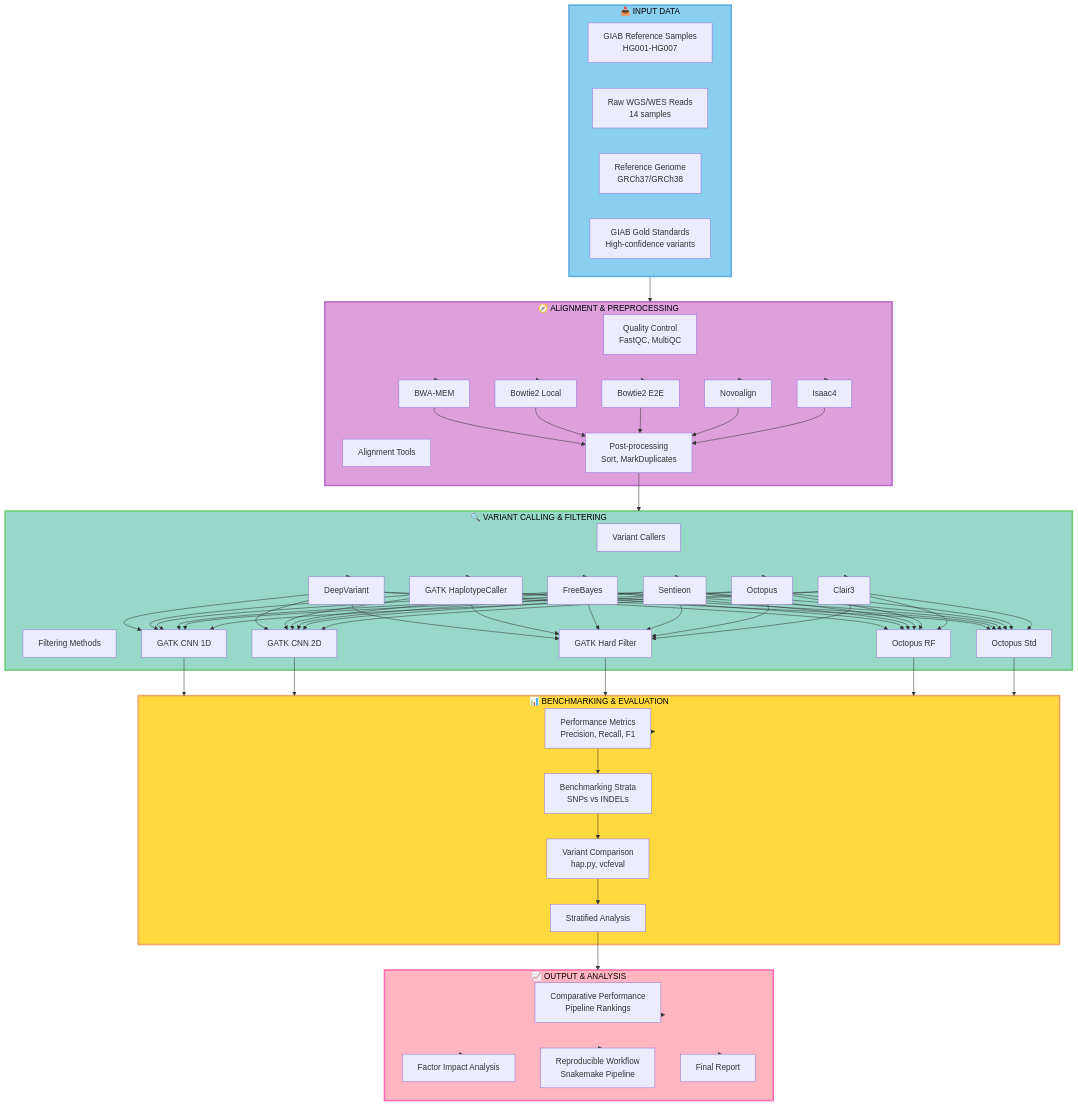
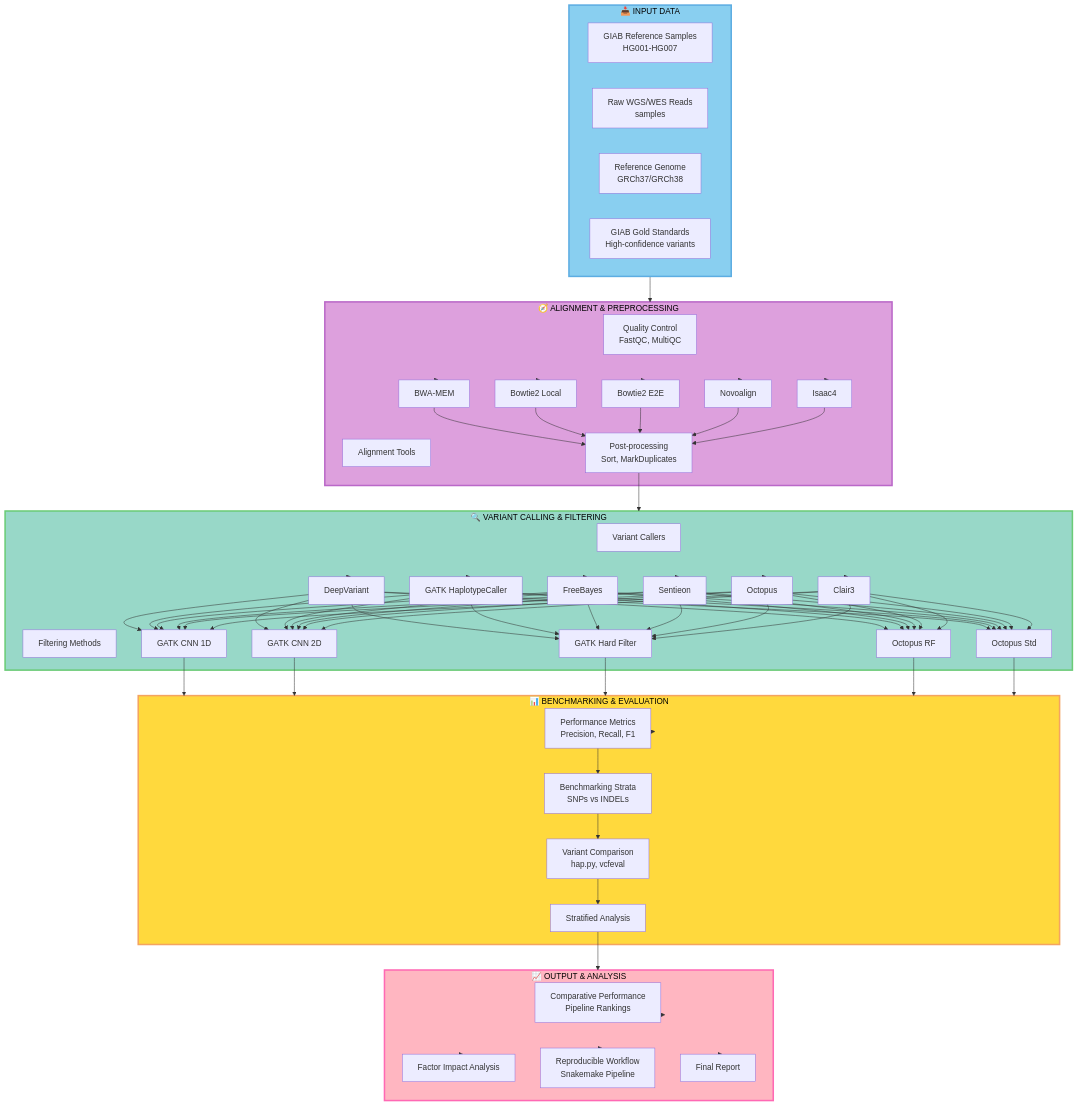
Before and after one commit to mtariqi/variant-calling-benchmark: the diagram in pipeline.md, drawn with Mermaid. The commit also changed other lines of this file, not shown here.

````diff
--- a/pipeline.md
+++ b/pipeline.md
@@ -3,73 +3,73 @@
 ```mermaid
 graph TD
     subgraph Input["📥 INPUT DATA"]
         A1[GIAB Reference Samples<br/>HG001-HG007]
-        A2[Raw WGS/WES Reads<br/>14 samples]
+        A2[Raw WGS/WES Reads<br/> samples]
         A3[Reference Genome<br/>GRCh37/GRCh38]
         A4[GIAB Gold Standards<br/>High-confidence variants]
     end
 
     subgraph Alignment["🧭 ALIGNMENT & PREPROCESSING"]
         B1[Quality Control<br/>FastQC, MultiQC]
         B2[Alignment Tools]
         B2A[BWA-MEM]
         B2B[Bowtie2 Local]
         B2C[Bowtie2 E2E]
         B2D[Novoalign]
         B2E[Isaac4]
         B3[Post-processing<br/>Sort, MarkDuplicates]
     end
 
     subgraph Calling["🔍 VARIANT CALLING & FILTERING"]
         C1[Variant Callers]
         C1A[DeepVariant]
         C1B[GATK HaplotypeCaller]
         C1C[FreeBayes]
         C1D[Sentieon]
         C1E[Octopus]
         C1F[Clair3]
         C2[Filtering Methods]
         C2A[GATK CNN 1D]
         C2B[GATK CNN 2D]
         C2C[GATK Hard Filter]
         C2D[Octopus RF]
         C2E[Octopus Std]
     end
 
     subgraph Benchmark["📊 BENCHMARKING & EVALUATION"]
         D1[Performance Metrics<br/>Precision, Recall, F1]
         D2[Benchmarking Strata<br/>SNPs vs INDELs]
         D3[Variant Comparison<br/>hap.py, vcfeval]
         D4[Stratified Analysis]
     end
 
     subgraph Output["📈 OUTPUT & ANALYSIS"]
         E1[Comparative Performance<br/>Pipeline Rankings]
         E2[Factor Impact Analysis]
         E3[Reproducible Workflow<br/>Snakemake Pipeline]
         E4[Final Report]
     end
 
     Input --> Alignment
     Alignment --> B2A & B2B & B2C & B2D & B2E
     B2A & B2B & B2C & B2D & B2E --> B3
     B3 --> Calling
     Calling --> C1A & C1B & C1C & C1D & C1E & C1F
     C1A & C1B & C1C & C1D & C1E & C1F --> C2A & C2B & C2C & C2D & C2E
     C2A & C2B & C2C & C2D & C2E --> Benchmark
     Benchmark --> D1 --> D2 --> D3 --> D4
     D4 --> Output
     Output --> E1 & E2 & E3 & E4
 
     classDef inputStyle fill:#89CFF0,stroke:#5DADE2,stroke-width:3px,color:#000
     classDef alignStyle fill:#DDA0DD,stroke:#BA68C8,stroke-width:3px,color:#000
     classDef callStyle fill:#98D8C8,stroke:#6BCB77,stroke-width:3px,color:#000
     classDef benchStyle fill:#FFD93D,stroke:#F4A460,stroke-width:3px,color:#000
     classDef outStyle fill:#FFB6C1,stroke:#FF69B4,stroke-width:3px,color:#000
 
     class Input inputStyle
     class Alignment alignStyle
     class Calling callStyle
     class Benchmark benchStyle
     class Output outStyle
 ```
````
